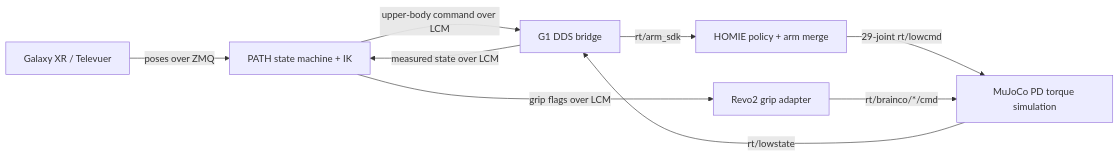
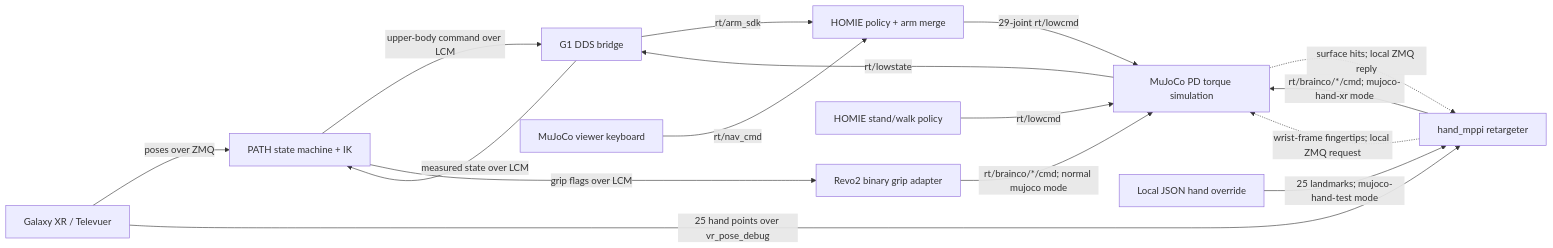
Before and after one commit to yangjunwon1309/BOOST: the diagram in boost/sim/README.md, drawn with Mermaid. The commit also changed other lines of this file and 62 other files, not shown here.

Commit message:
hand mppi & ik mujoco teleop connected

````diff
--- a/boost/sim/README.md
+++ b/boost/sim/README.md
@@ -30,11 +77,18 @@
 ```mermaid
 flowchart LR
   XR[Galaxy XR / Televuer] -->|poses over ZMQ| PATH[PATH state machine + IK]
   PATH -->|upper-body command over LCM| BRIDGE[G1 DDS bridge]
   BRIDGE -->|rt/arm_sdk| HOMIE[HOMIE policy + arm merge]
   HOMIE -->|29-joint rt/lowcmd| SIM[MuJoCo PD torque simulation]
   SIM -->|rt/lowstate| BRIDGE
   BRIDGE -->|measured state over LCM| PATH
-  PATH -->|grip flags over LCM| GRIP[Revo2 grip adapter]
-  GRIP -->|rt/brainco/*/cmd| SIM
+  PATH -->|grip flags over LCM| GRIP[Revo2 binary grip adapter]
+  GRIP -->|rt/brainco/*/cmd; normal mujoco mode| SIM
+  XR -->|25 hand points over vr_pose_debug| HAND[hand_mppi retargeter]
+  HAND -->|rt/brainco/*/cmd; mujoco-hand-xr mode| SIM
+  HAND -.->|wrist-frame fingertips; local ZMQ request| SIM
+  SIM -.->|surface hits; local ZMQ reply| HAND
+  EDIT[Local JSON hand override] -->|25 landmarks; mujoco-hand-test mode| HAND
+  KEYBOARD[MuJoCo viewer keyboard] -->|rt/nav_cmd| HOMIE
+  TEST_HOMIE[HOMIE stand/walk policy] -->|rt/lowcmd| SIM
 ```
````
